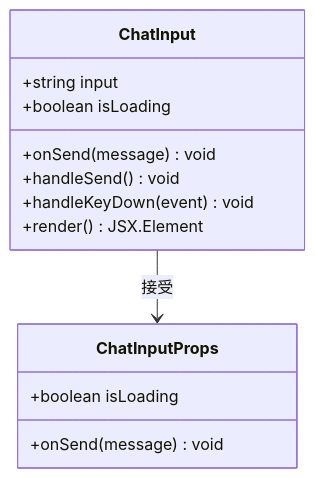
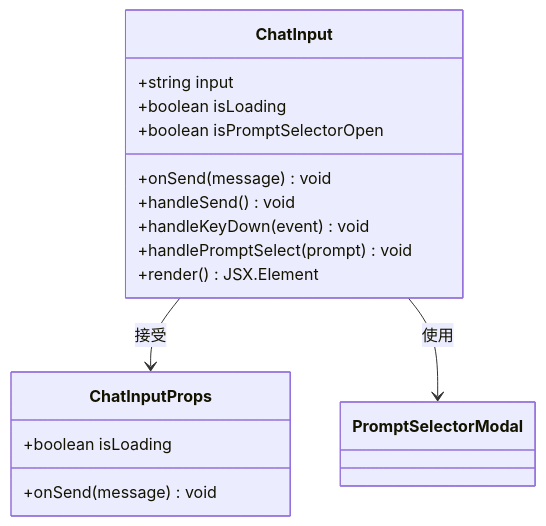
Before and after one commit to CryptoLinxu/Web3-AI-Agent: the sixth of 34 diagrams in .qoder/repowiki/zh/content/项目概述/整体架构概览/Web应用程序/Web应用程序.md, drawn with Mermaid. The commit also changed other lines of this file and 5 other files, not shown here.

````diff
--- a/.qoder/repowiki/zh/content/项目概述/整体架构概览/Web应用程序/Web应用程序.md
+++ b/.qoder/repowiki/zh/content/项目概述/整体架构概览/Web应用程序/Web应用程序.md
@@ -322,16 +334,19 @@
 ```mermaid
 classDiagram
 class ChatInput {
 +string input
 +boolean isLoading
++boolean isPromptSelectorOpen
 +onSend(message) void
 +handleSend() void
 +handleKeyDown(event) void
++handlePromptSelect(prompt) void
 +render() JSX.Element
 }
 class ChatInputProps {
 +onSend(message) void
 +boolean isLoading
 }
 ChatInput --> ChatInputProps : 接受
+ChatInput --> PromptSelectorModal : 使用
 ```
````
